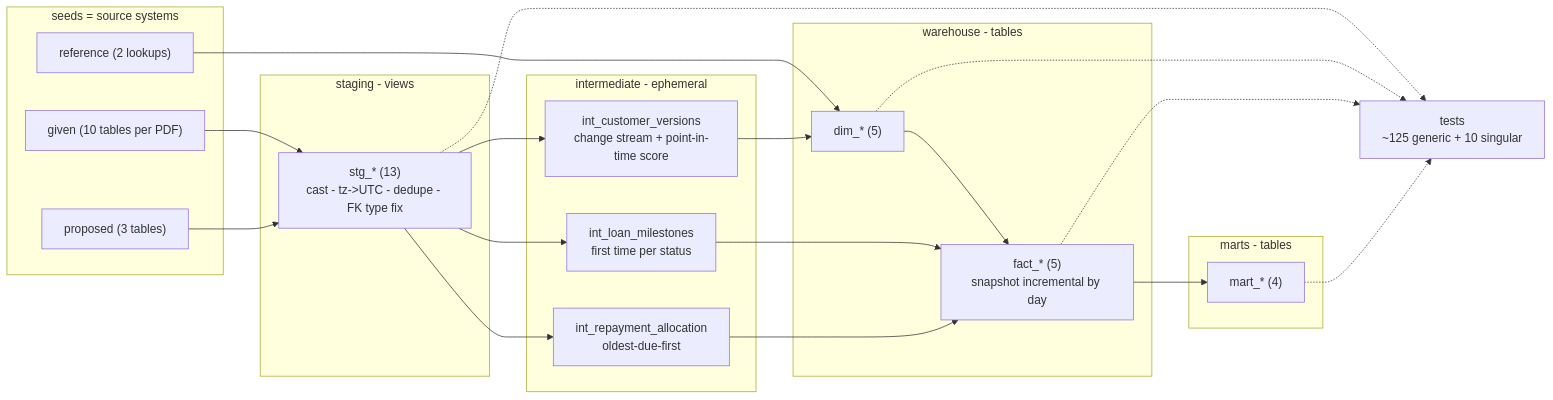
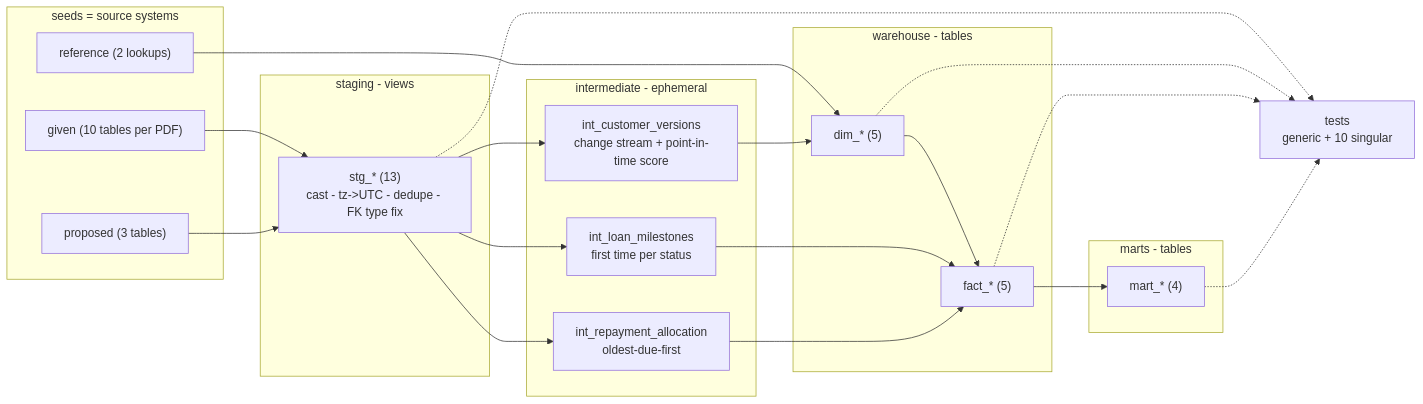
One commit to dailyimah/lending-dwh-dbt changed the diagram in docs/diagrams/03_pipeline_lineage.mmd. Above: the diagram before and after it, drawn with Mermaid. The commit also changed 2 other files, not shown here.

Commit message:
Update docs and diagrams for the simplified project

```diff
--- a/docs/diagrams/03_pipeline_lineage.mmd
+++ b/docs/diagrams/03_pipeline_lineage.mmd
@@ -1,38 +1,38 @@
 flowchart LR
     %% dbt layering. Seeds stand in for source systems (production: `sources:` on raw datasets).
 
     subgraph RAW[seeds = source systems]
         G["given (10 tables per PDF)"]
         P["proposed (3 tables)"]
         R["reference (2 lookups)"]
     end
 
     subgraph STG[staging - views]
         S["stg_* (13)<br/>cast - tz->UTC - dedupe - FK type fix"]
     end
 
     subgraph INT[intermediate - ephemeral]
         I1["int_customer_versions<br/>change stream + point-in-time score"]
         I2["int_loan_milestones<br/>first time per status"]
         I3["int_repayment_allocation<br/>oldest-due-first"]
     end
 
     subgraph WH[warehouse - tables]
         D["dim_* (5)"]
-        F["fact_* (5)<br/>snapshot incremental by day"]
+        F["fact_* (5)"]
     end
 
     subgraph MT[marts - tables]
         M["mart_* (4)"]
     end
 
-    T["tests<br/>~125 generic + 10 singular"]
+    T["tests<br/>generic + 10 singular"]
 
     G & P --> S
     R --> D
     S --> I1 & I2 & I3
     I1 --> D
     D --> F
     I2 & I3 --> F
     F --> M
     S & D & F & M -.-> T
```
